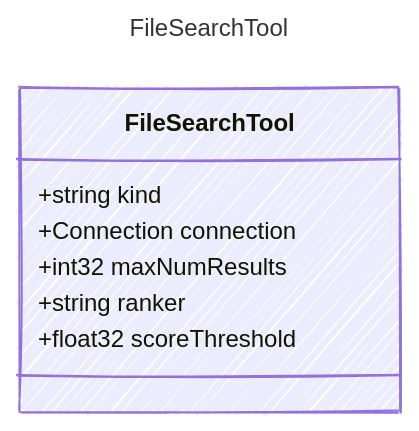
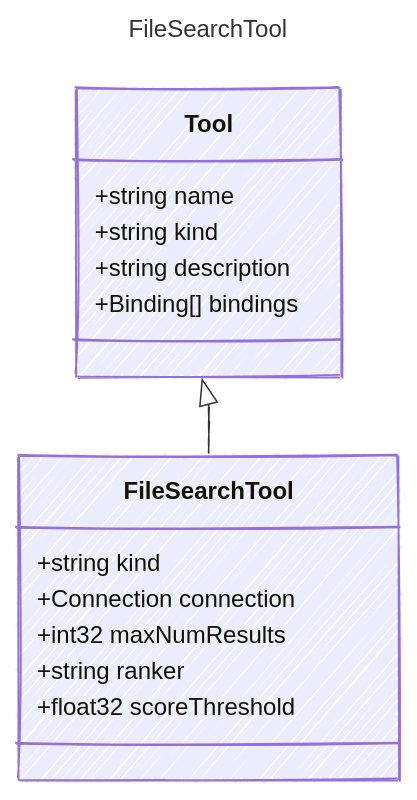
The diagram in specification/prompty/docs/FileSearchTool.md (microsoft/prompty), drawn with Mermaid before and after one commit. The commit also changed 24 other files, not shown here.

````diff
--- a/specification/prompty/docs/FileSearchTool.md
+++ b/specification/prompty/docs/FileSearchTool.md
@@ -8,19 +8,26 @@
 ```mermaid
 ---
 title: FileSearchTool
 config:
   look: handDrawn
   theme: colorful
   class:
     hideEmptyMembersBox: true
 ---
 classDiagram
+    class Tool {
+        +string name
+        +string kind
+        +string description
+        +Binding[] bindings
+    }
+    Tool <|-- FileSearchTool
     class FileSearchTool {
       
         +string kind
         +Connection connection
         +int32 maxNumResults
         +string ranker
         +float32 scoreThreshold
     }
 ```
````
